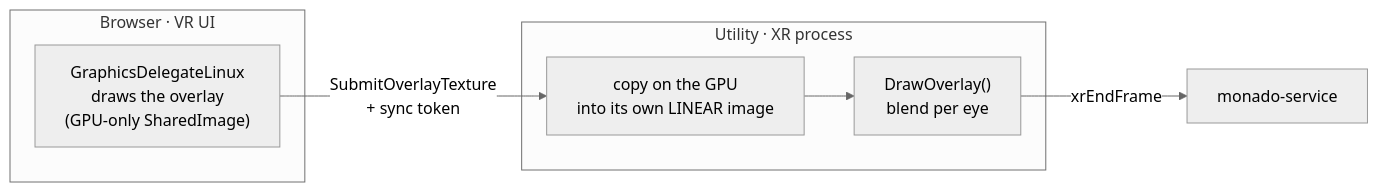
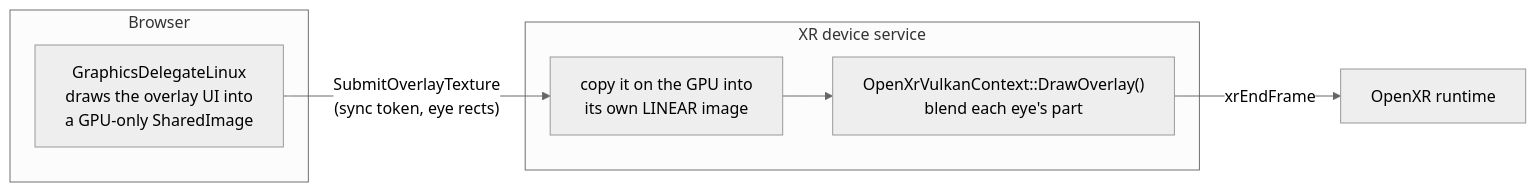
Before and after one commit to utzcoz/chromium-webxr-linux: the fourth of 4 diagrams in README.md, drawn with Mermaid (neutral theme). The commit also changed other lines of this file, not shown here.

First line of the commit message:
README: drop the old patch history and polish the architecture

````diff
--- a/README.md
+++ b/README.md
@@ -518,15 +289,15 @@
 ```mermaid
 flowchart LR
-    subgraph B["Browser · VR UI"]
-      R["GraphicsDelegateLinux<br/>draws the overlay<br/>(GPU-only SharedImage)"]
+    subgraph B["Browser"]
+      R["GraphicsDelegateLinux<br/>draws the overlay UI into<br/>a GPU-only SharedImage"]
     end
-    subgraph U["Utility · XR process"]
-      C["copy on the GPU<br/>into its own LINEAR image"]
-      D["DrawOverlay()<br/>blend per eye"]
+    subgraph U["XR device service"]
+      C["copy it on the GPU into<br/>its own LINEAR image"]
+      D["OpenXrVulkanContext::DrawOverlay()<br/>blend each eye's part"]
     end
-    MN["monado-service"]
+    X["OpenXR runtime"]
 
-    R -->|SubmitOverlayTexture<br/>+ sync token| C
+    R -->|"SubmitOverlayTexture<br/>(sync token, eye rects)"| C
     C --> D
-    D -->|xrEndFrame| MN
+    D -->|xrEndFrame| X
 ```
````
